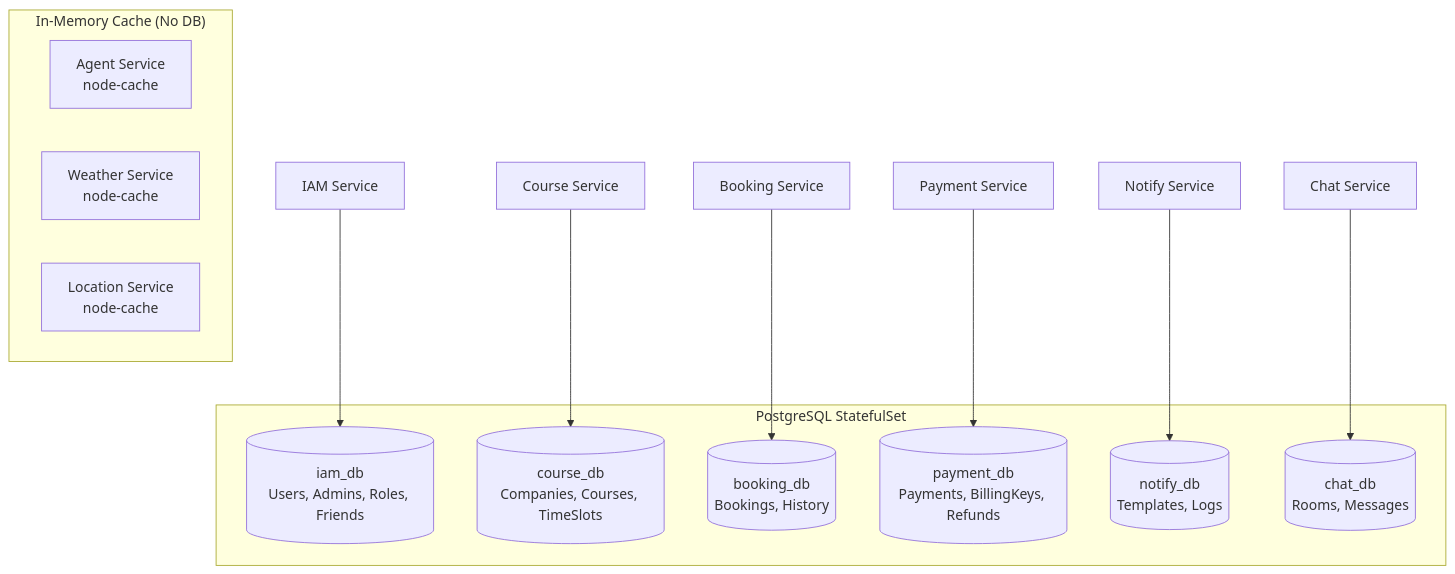
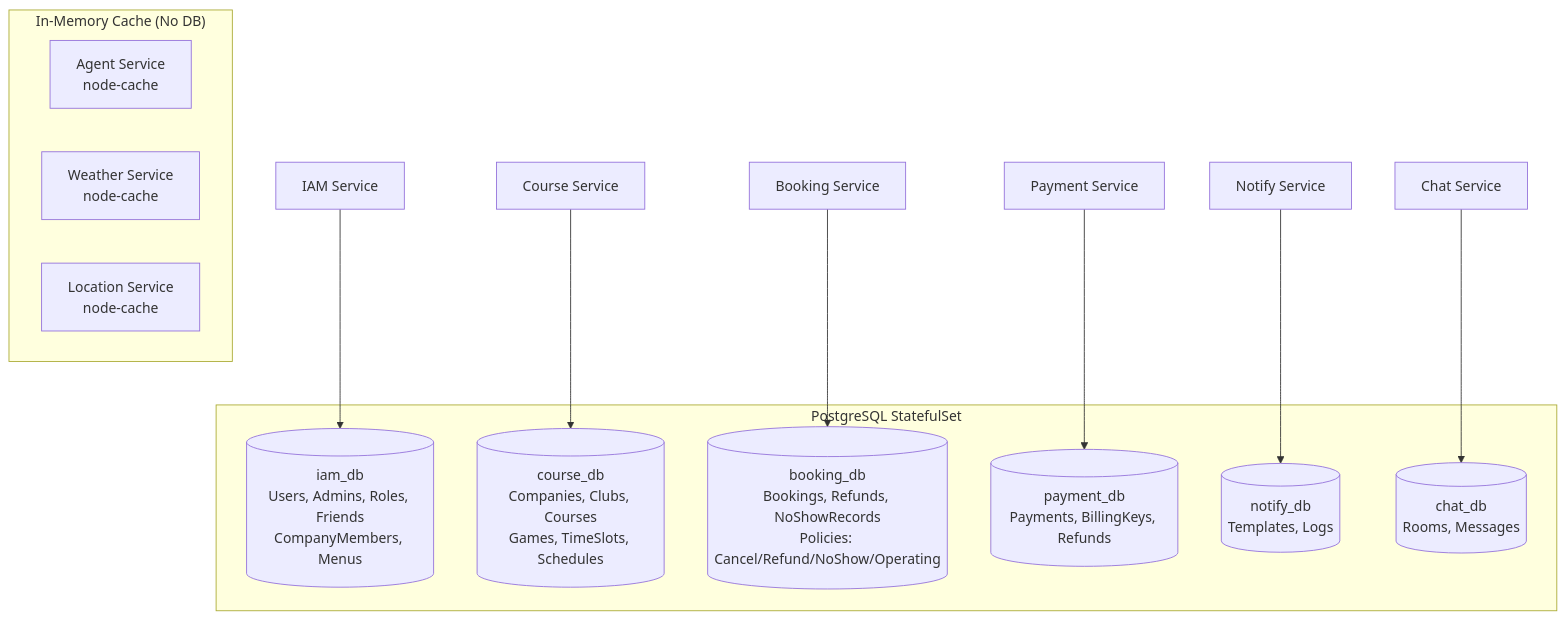
One commit to uniyous/parkgolf-platform changed the fifth of 8 diagrams in docs/ARCHITECTURE.md. Above: the diagram before and after it, drawn with Mermaid. The commit also changed other lines of this file and 2 other files, not shown here.

First line of the commit message:
docs: ARCHITECTURE, GCP_INFRASTRUCTURE, CICD_GUIDE 문서 현행화

````diff
--- a/docs/ARCHITECTURE.md
+++ b/docs/ARCHITECTURE.md
@@ -839,24 +946,24 @@
 ```mermaid
 graph TD
     subgraph "PostgreSQL StatefulSet"
-        IAM_DB[(iam_db<br/>Users, Admins, Roles, Friends)]
-        COURSE_DB[(course_db<br/>Companies, Courses, TimeSlots)]
-        BOOKING_DB[(booking_db<br/>Bookings, History)]
+        IAM_DB[(iam_db<br/>Users, Admins, Roles, Friends<br/>CompanyMembers, Menus)]
+        COURSE_DB[(course_db<br/>Companies, Clubs, Courses<br/>Games, TimeSlots, Schedules)]
+        BOOKING_DB[(booking_db<br/>Bookings, Refunds, NoShowRecords<br/>Policies: Cancel/Refund/NoShow/Operating)]
         PAYMENT_DB[(payment_db<br/>Payments, BillingKeys, Refunds)]
         NOTIFY_DB[(notify_db<br/>Templates, Logs)]
         CHAT_DB[(chat_db<br/>Rooms, Messages)]
     end
 
     IAM[IAM Service] --> IAM_DB
     COURSE[Course Service] --> COURSE_DB
     BOOK[Booking Service] --> BOOKING_DB
     PAY[Payment Service] --> PAYMENT_DB
     NOTIFY[Notify Service] --> NOTIFY_DB
     CHAT[Chat Service] --> CHAT_DB
 
     subgraph "In-Memory Cache (No DB)"
         AGENT[Agent Service<br/>node-cache]
         WEATHER[Weather Service<br/>node-cache]
         LOCATION[Location Service<br/>node-cache]
     end
 ```
````
